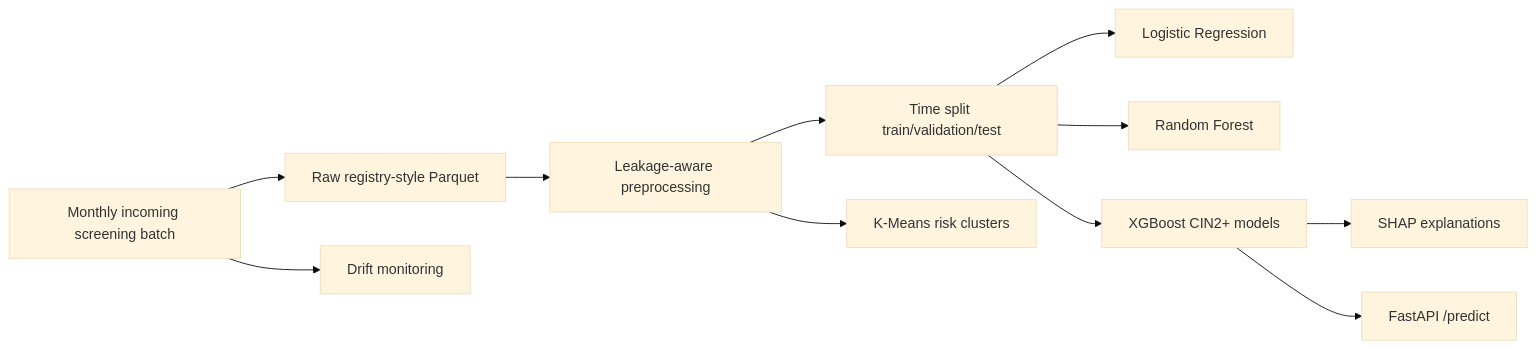
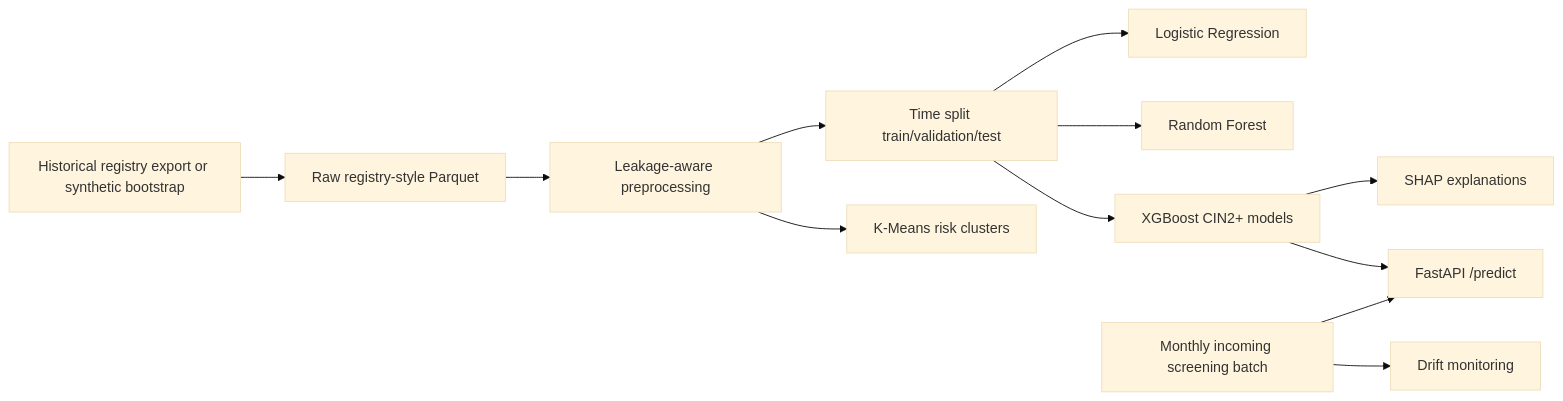
One commit to YX-Niu/CerviRisk changed the diagram in README.md. Above: the diagram before and after it, drawn with Mermaid (base theme). The commit also changed other lines of this file and 2 other files, not shown here.

Commit message:
Move ingestion after model training

````diff
--- a/README.md
+++ b/README.md
@@ -46,13 +46,14 @@
 ```mermaid
 flowchart LR
-    A[Monthly incoming screening batch] --> B[Raw registry-style Parquet]
+    A[Historical registry export or synthetic bootstrap] --> B[Raw registry-style Parquet]
     B --> C[Leakage-aware preprocessing]
     C --> D[Time split train/validation/test]
     D --> E[Logistic Regression]
     D --> F[Random Forest]
     D --> G[XGBoost CIN2+ models]
     G --> H[SHAP explanations]
     C --> I[K-Means risk clusters]
     G --> J[FastAPI /predict]
-    A --> K[Drift monitoring]
+    L[Monthly incoming screening batch] --> K[Drift monitoring]
+    L --> J
 ```
````
